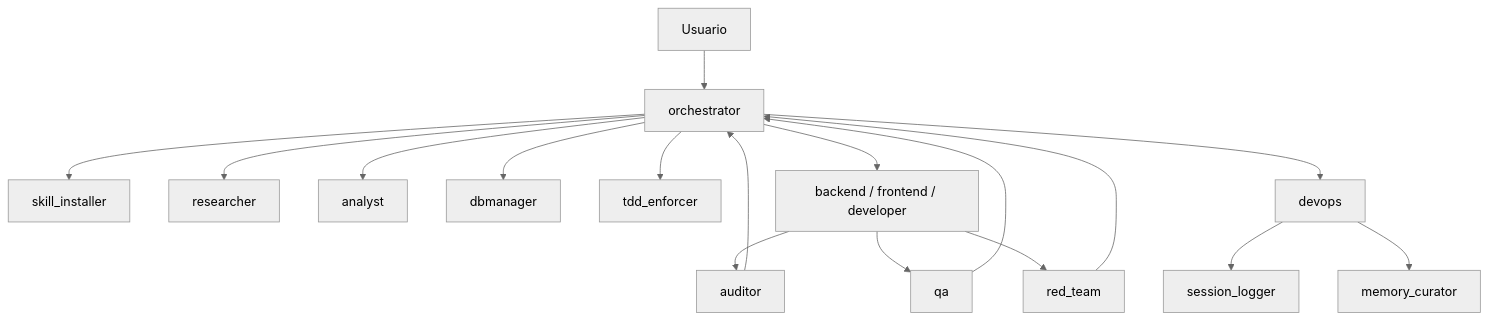
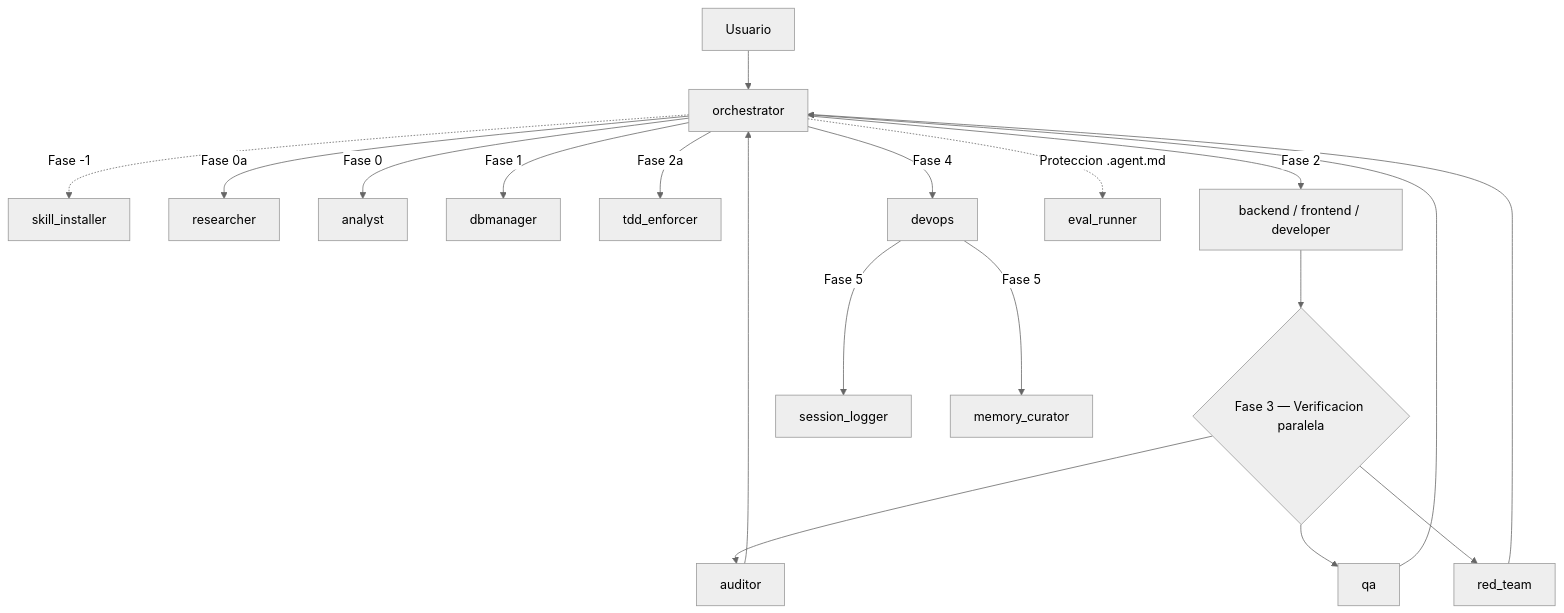
Before and after one commit to RCarribero/agents: the diagram in README.md, drawn with Mermaid (neutral theme). The commit also changed 11 other files, not shown here.

````diff
--- a/README.md
+++ b/README.md
@@ -54,19 +54,21 @@
 ```mermaid
 flowchart TD
     U[Usuario] --> O[orchestrator]
-    O --> SI[skill_installer]
-    O --> R[researcher]
-    O --> A[analyst]
-    O --> DB[dbmanager]
-    O --> TDD[tdd_enforcer]
-    O --> IMP[backend / frontend / developer]
-    IMP --> AUD[auditor]
-    IMP --> QA[qa]
-    IMP --> RT[red_team]
+    O -.->|Fase -1| SI[skill_installer]
+    O -->|Fase 0a| R[researcher]
+    O -->|Fase 0| A[analyst]
+    O -->|Fase 1| DB[dbmanager]
+    O -->|Fase 2a| TDD[tdd_enforcer]
+    O -->|Fase 2| IMP[backend / frontend / developer]
+    IMP --> V{Fase 3 — Verificacion paralela}
+    V --> AUD[auditor]
+    V --> QA[qa]
+    V --> RT[red_team]
     AUD --> O
     QA --> O
     RT --> O
-    O --> D[devops]
-    D --> SL[session_logger]
-    D --> MC[memory_curator]
+    O -->|Fase 4| D[devops]
+    D -->|Fase 5| SL[session_logger]
+    D -->|Fase 5| MC[memory_curator]
+    O -.->|Proteccion .agent.md| ER[eval_runner]
 ```
````
